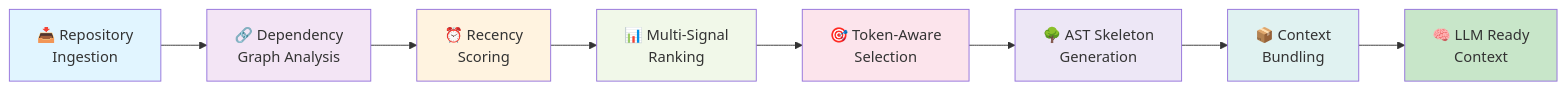
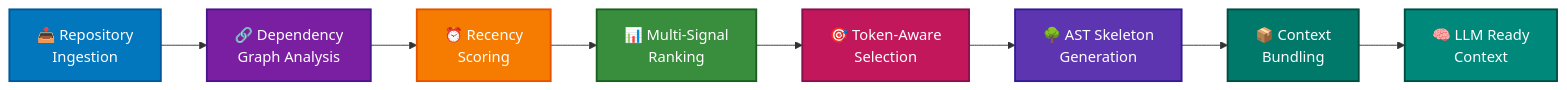
The first of 6 diagrams in README.md (MVivekananda/rankcontext), drawn with Mermaid before and after one commit. The commit also changed other lines of this file, not shown here.

First line of the commit message:
Update diagram colors for better visibility

````diff
--- a/README.md
+++ b/README.md
@@ -240,19 +240,19 @@
 ```mermaid
 graph LR
     A["📥 Repository<br/>Ingestion"] --> B["🔗 Dependency<br/>Graph Analysis"]
     B --> C["⏰ Recency<br/>Scoring"]
     C --> D["📊 Multi-Signal<br/>Ranking"]
     D --> E["🎯 Token-Aware<br/>Selection"]
     E --> F["🌳 AST Skeleton<br/>Generation"]
     F --> G["📦 Context<br/>Bundling"]
     G --> H["🧠 LLM Ready<br/>Context"]
     
-    style A fill:#e1f5ff
-    style B fill:#f3e5f5
-    style C fill:#fff3e0
-    style D fill:#f1f8e9
-    style E fill:#fce4ec
-    style F fill:#ede7f6
-    style G fill:#e0f2f1
-    style H fill:#c8e6c9
+    style A fill:#0277BD,stroke:#01579B,stroke-width:2px,color:#fff
+    style B fill:#7B1FA2,stroke:#4A148C,stroke-width:2px,color:#fff
+    style C fill:#F57C00,stroke:#E65100,stroke-width:2px,color:#fff
+    style D fill:#388E3C,stroke:#1B5E20,stroke-width:2px,color:#fff
+    style E fill:#C2185B,stroke:#880E4F,stroke-width:2px,color:#fff
+    style F fill:#5E35B1,stroke:#311B92,stroke-width:2px,color:#fff
+    style G fill:#00796B,stroke:#004D40,stroke-width:2px,color:#fff
+    style H fill:#00897B,stroke:#004D40,stroke-width:2px,color:#fff
 ```
````
